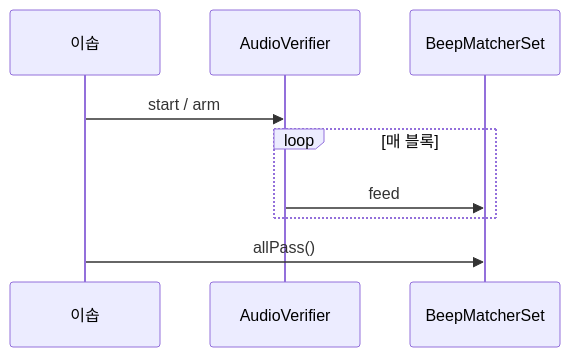
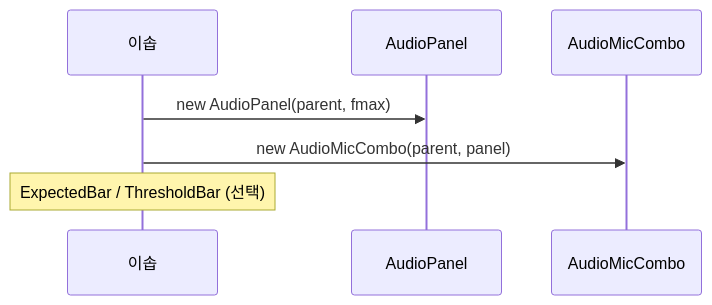
One commit to HanSeongDeok/APX_PoC changed the second of 3 diagrams in poc/r158/apx_app_java/AUDIO_API.md. Above: the diagram before and after it, drawn with Mermaid. The commit also changed other lines of this file and 9 other files, not shown here.

````diff
--- a/poc/r158/apx_app_java/AUDIO_API.md
+++ b/poc/r158/apx_app_java/AUDIO_API.md
@@ -238,11 +185,9 @@
 ```mermaid
 sequenceDiagram
     participant ESOP as 이솝
-    participant V as AudioVerifier
-    participant SET as BeepMatcherSet
-    ESOP->>V: start / arm
-    loop 매 블록
-        V->>SET: feed
-    end
-    ESOP->>SET: allPass()
+    participant P as AudioPanel
+    participant M as AudioMicCombo
+    ESOP->>P: new AudioPanel(parent, fmax)
+    ESOP->>M: new AudioMicCombo(parent, panel)
+    Note over ESOP: ExpectedBar / ThresholdBar (선택)
 ```
````
